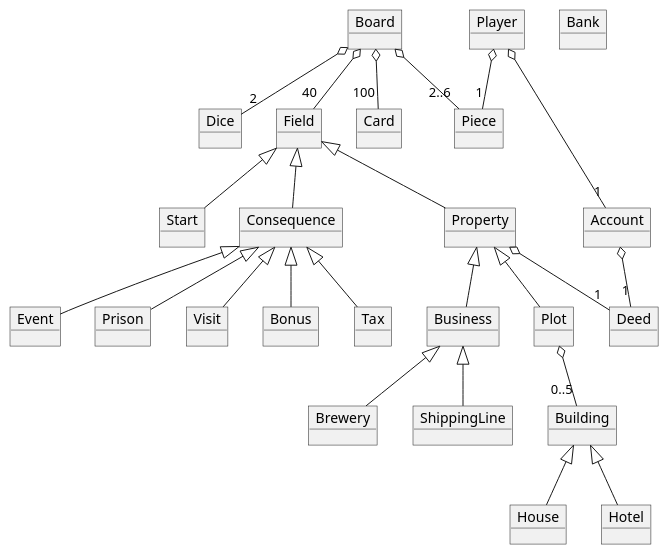
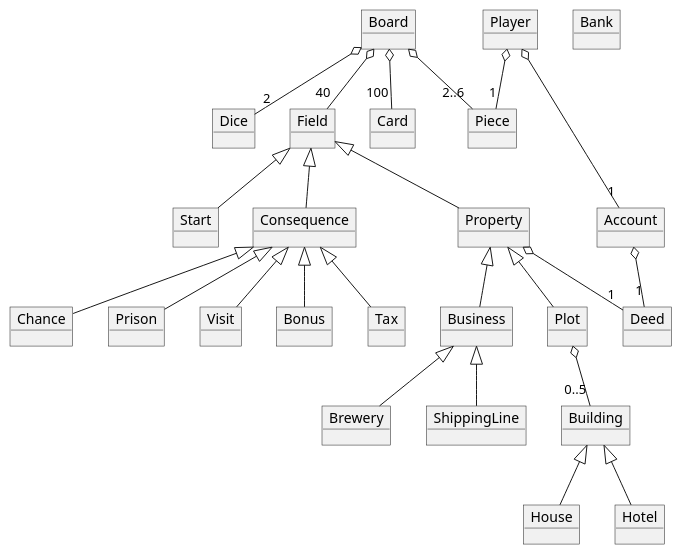
Before and after one commit to tessG/E2021Matador: the diagram in out/production/Bank/DomainModel.puml, drawn with PlantUML. The commit also changed 14 other files, not shown here.

```diff
--- a/out/production/Bank/DomainModel.puml
+++ b/out/production/Bank/DomainModel.puml
@@ -1,54 +1,54 @@
 @startuml
 object Board
 object Field
 object Property
 object Plot
 object Business
 object ShippingLine
 object Brewery
 object Building
 object House
 object Hotel
 object Start
 object Consequence
 object Prison
 object Visit
 object Bonus
 object Player
 object Account
 object Piece
 object Dice
 object Card
 object Deed
 object Tax
-object Event
+object Chance
 object Bank
 
 Field <|-- Property
 Field <|-- Start
 Field <|-- Consequence
 Property <|-- Plot
 Property <|-- Business
 Building <|-- House
 Building <|-- Hotel
 Business <|-- Brewery
 Business <|-- ShippingLine
 Consequence <|-- Bonus
-Consequence <|-- Event
+Consequence <|-- Chance
 Consequence <|-- Prison
 Consequence <|-- Tax
 Consequence <|-- Visit
 
 
 Board o-- "40" Field
 Board o-- "2" Dice
 Board o-- "100" Card
 Board o-- "2..6" Piece
 
 Player o-- "1" Piece
 Player o-- "1" Account
 Plot o-- "0..5" Building
 Account o-- "1" Deed
 Property o-- "1" Deed
 
 @enduml
```
